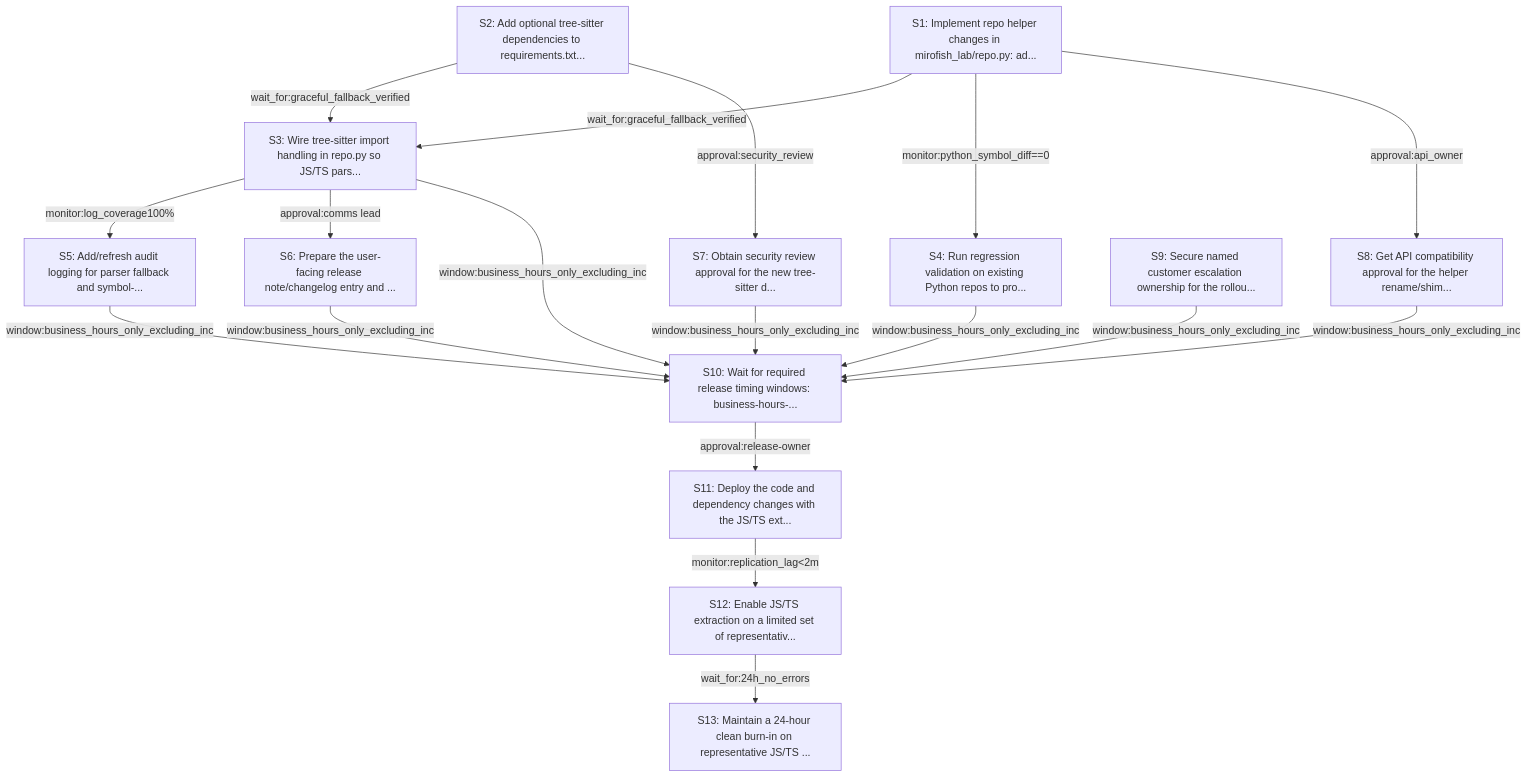
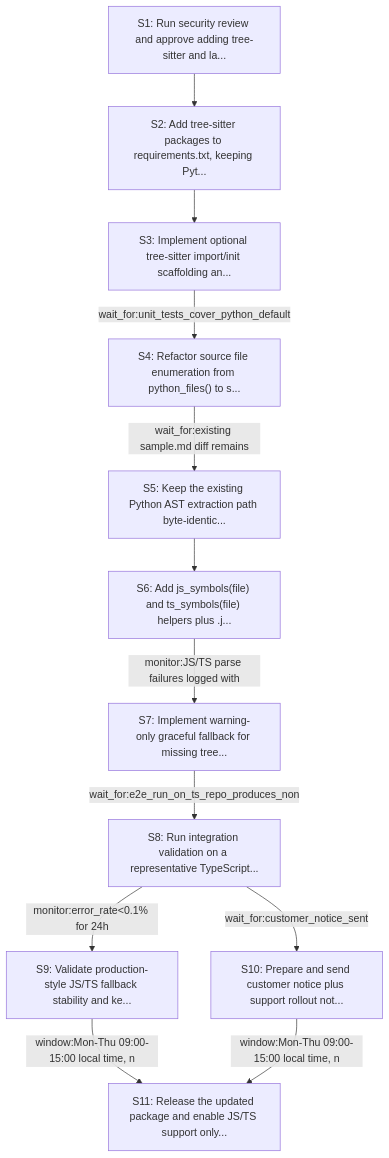
The diagram in rollout-rehearsal/reports/intent_blastradius_javascript_support.md (N3mes1s/Playground), drawn with Mermaid before and after one commit. The commit also changed other lines of this file and 28 other files, not shown here.

````diff
--- a/rollout-rehearsal/reports/intent_blastradius_javascript_support.md
+++ b/rollout-rehearsal/reports/intent_blastradius_javascript_support.md
@@ -60,33 +60,25 @@
 ```mermaid
 flowchart TD
-    S1["S1: Implement repo helper changes in mirofish_lab/repo.py: ad..."]
-    S2["S2: Add optional tree-sitter dependencies to requirements.txt..."]
-    S3["S3: Wire tree-sitter import handling in repo.py so JS/TS pars..."]
-    S1 -->|wait_for:graceful_fallback_verified| S3
-    S2 -->|wait_for:graceful_fallback_verified| S3
-    S4["S4: Run regression validation on existing Python repos to pro..."]
-    S1 -->|monitor:python_symbol_diff==0| S4
-    S5["S5: Add/refresh audit logging for parser fallback and symbol-..."]
-    S3 -->|monitor:log_coverage100%| S5
-    S6["S6: Prepare the user-facing release note/changelog entry and ..."]
-    S3 -->|approval:comms lead| S6
-    S7["S7: Obtain security review approval for the new tree-sitter d..."]
-    S2 -->|approval:security_review| S7
-    S8["S8: Get API compatibility approval for the helper rename/shim..."]
-    S1 -->|approval:api_owner| S8
-    S9["S9: Secure named customer escalation ownership for the rollou..."]
-    S10["S10: Wait for required release timing windows: business-hours-..."]
-    S3 -->|window:business_hours_only_excluding_inc| S10
-    S6 -->|window:business_hours_only_excluding_inc| S10
-    S7 -->|window:business_hours_only_excluding_inc| S10
-    S8 -->|window:business_hours_only_excluding_inc| S10
-    S9 -->|window:business_hours_only_excluding_inc| S10
-    S4 -->|window:business_hours_only_excluding_inc| S10
-    S5 -->|window:business_hours_only_excluding_inc| S10
-    S11["S11: Deploy the code and dependency changes with the JS/TS ext..."]
-    S10 -->|approval:release-owner| S11
-    S12["S12: Enable JS/TS extraction on a limited set of representativ..."]
-    S11 -->|monitor:replication_lag<2m| S12
-    S13["S13: Maintain a 24-hour clean burn-in on representative JS/TS ..."]
-    S12 -->|wait_for:24h_no_errors| S13
+    S1["S1: Run security review and approve adding tree-sitter and la..."]
+    S2["S2: Add tree-sitter packages to requirements.txt, keeping Pyt..."]
+    S1 --> S2
+    S3["S3: Implement optional tree-sitter import/init scaffolding an..."]
+    S2 --> S3
+    S4["S4: Refactor source file enumeration from python_files() to s..."]
+    S3 -->|wait_for:unit_tests_cover_python_default| S4
+    S5["S5: Keep the existing Python AST extraction path byte-identic..."]
+    S4 -->|wait_for:existing sample.md diff remains| S5
+    S6["S6: Add js_symbols(file) and ts_symbols(file) helpers plus .j..."]
+    S5 --> S6
+    S7["S7: Implement warning-only graceful fallback for missing tree..."]
+    S6 -->|monitor:JS/TS parse failures logged with| S7
+    S8["S8: Run integration validation on a representative TypeScript..."]
+    S7 -->|wait_for:e2e_run_on_ts_repo_produces_non| S8
+    S9["S9: Validate production-style JS/TS fallback stability and ke..."]
+    S8 -->|monitor:error_rate<0.1% for 24h| S9
+    S10["S10: Prepare and send customer notice plus support rollout not..."]
+    S8 -->|wait_for:customer_notice_sent| S10
+    S11["S11: Release the updated package and enable JS/TS support only..."]
+    S9 -->|window:Mon-Thu 09:00-15:00 local time, n| S11
+    S10 -->|window:Mon-Thu 09:00-15:00 local time, n| S11
 ```
````
